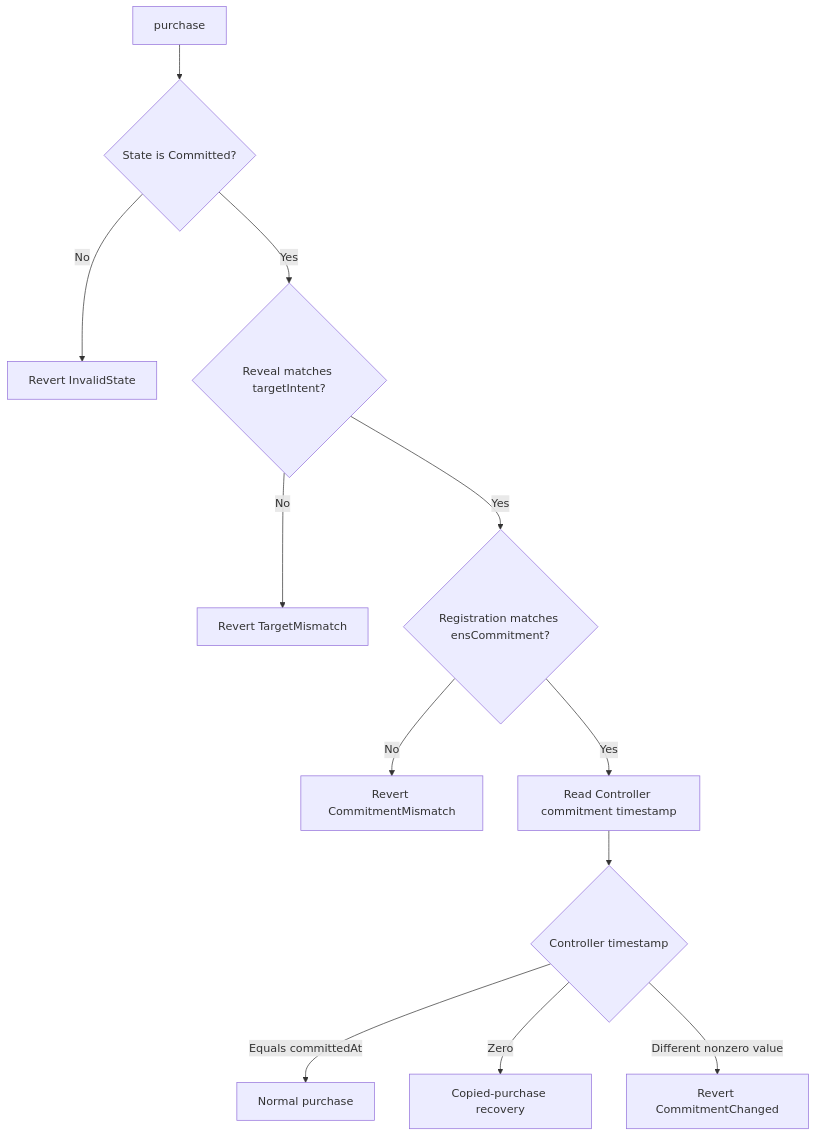
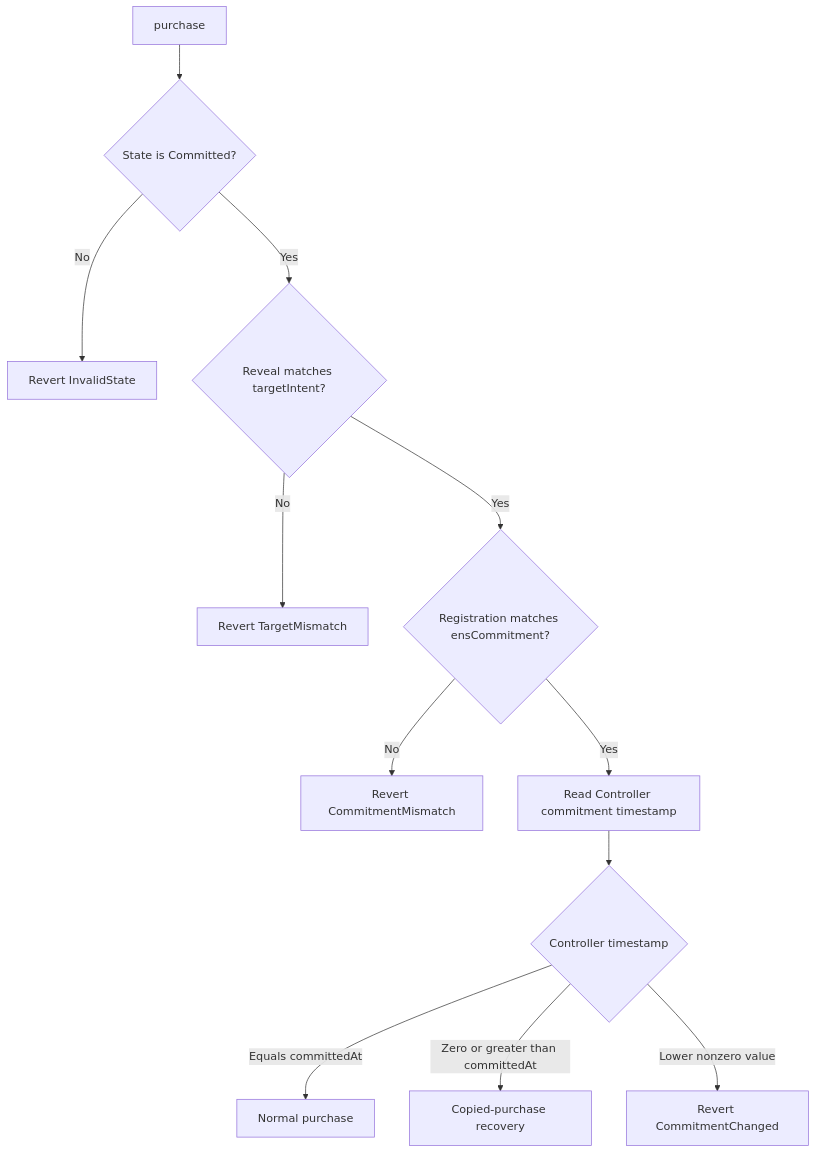
Before and after one commit to thenamespace/ens-diamonds: the seventh of 10 diagrams in packages/contracts/ARCHITECTURE.md, drawn with Mermaid. The commit also changed other lines of this file and 2 other files, not shown here.

````diff
--- a/packages/contracts/ARCHITECTURE.md
+++ b/packages/contracts/ARCHITECTURE.md
@@ -520,14 +520,14 @@
 ```mermaid
 flowchart TD
     A["purchase"] --> B{"State is Committed?"}
     B -->|"No"| BR["Revert InvalidState"]
     B -->|"Yes"| C{"Reveal matches targetIntent?"}
     C -->|"No"| CR["Revert TargetMismatch"]
     C -->|"Yes"| D{"Registration matches ensCommitment?"}
     D -->|"No"| DR["Revert CommitmentMismatch"]
     D -->|"Yes"| E["Read Controller commitment timestamp"]
     E --> F{"Controller timestamp"}
     F -->|"Equals committedAt"| G["Normal purchase"]
-    F -->|"Zero"| H["Copied-purchase recovery"]
-    F -->|"Different nonzero value"| I["Revert CommitmentChanged"]
+    F -->|"Zero or greater than committedAt"| H["Copied-purchase recovery"]
+    F -->|"Lower nonzero value"| I["Revert CommitmentChanged"]
 ```
````
